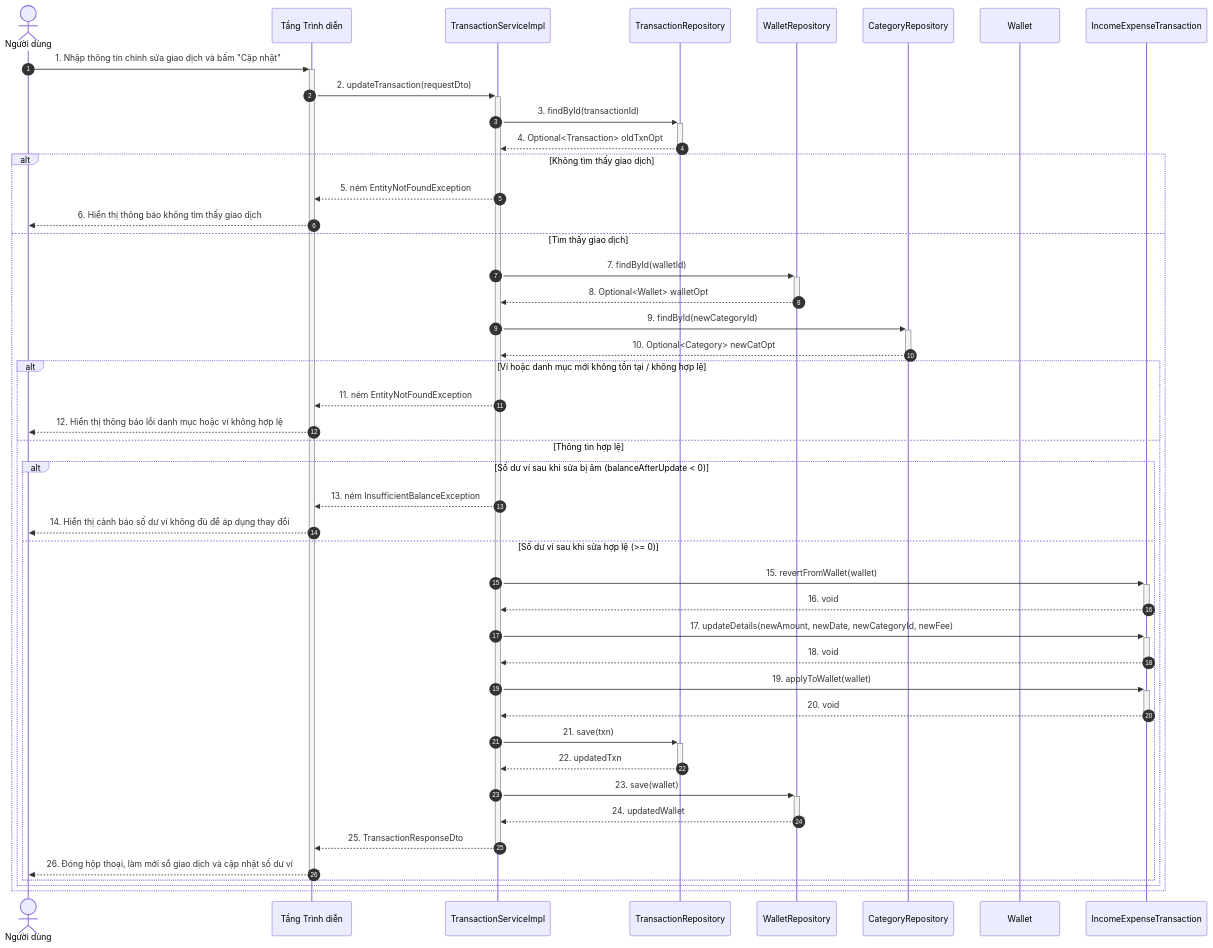
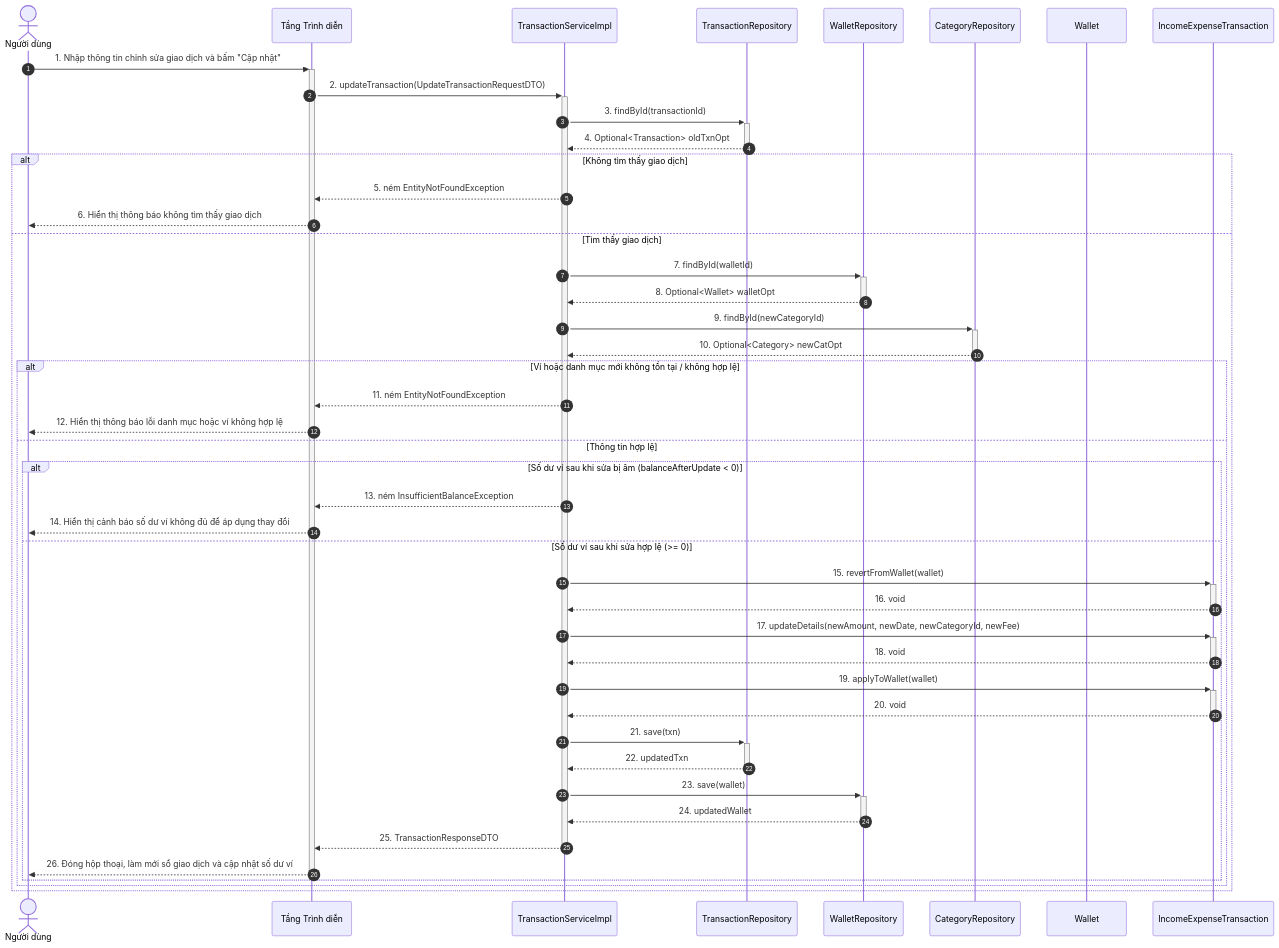
One commit to mynhleeh/pfms-oop changed the eighth of 21 diagrams in docs/object-oriented-design/05-so-do-tuong-tac-thiet-ke-sequence-diagram.md. Above: the diagram before and after it, drawn with Mermaid. The commit also changed other lines of this file and 3 other files, not shown here.

Commit message:
docs(ood): harmonize service contracts, sequence diagrams, and DTO specifications

````diff
--- a/docs/object-oriented-design/05-so-do-tuong-tac-thiet-ke-sequence-diagram.md
+++ b/docs/object-oriented-design/05-so-do-tuong-tac-thiet-ke-sequence-diagram.md
@@ -390,48 +390,48 @@
 ```mermaid
 sequenceDiagram
     autonumber
     actor User as Người dùng
     participant GUI as Tầng Trình diễn
     participant TransactionService as TransactionServiceImpl
     participant TxnRepo as TransactionRepository
     participant WalletRepo as WalletRepository
     participant CatRepo as CategoryRepository
     participant Wallet as Wallet
     participant Transaction as IncomeExpenseTransaction
 
     User->>+GUI: 1. Nhập thông tin chỉnh sửa giao dịch và bấm "Cập nhật"
-    GUI->>+TransactionService: 2. updateTransaction(requestDto)
+    GUI->>+TransactionService: 2. updateTransaction(UpdateTransactionRequestDTO)
     TransactionService->>+TxnRepo: 3. findById(transactionId)
     TxnRepo-->>-TransactionService: 4. Optional<Transaction> oldTxnOpt
     alt Không tìm thấy giao dịch
         TransactionService-->>GUI: 5. ném EntityNotFoundException
         GUI-->>User: 6. Hiển thị thông báo không tìm thấy giao dịch
     else Tìm thấy giao dịch
         TransactionService->>+WalletRepo: 7. findById(walletId)
         WalletRepo-->>-TransactionService: 8. Optional<Wallet> walletOpt
         TransactionService->>+CatRepo: 9. findById(newCategoryId)
         CatRepo-->>-TransactionService: 10. Optional<Category> newCatOpt
         alt Ví hoặc danh mục mới không tồn tại / không hợp lệ
             TransactionService-->>GUI: 11. ném EntityNotFoundException
             GUI-->>User: 12. Hiển thị thông báo lỗi danh mục hoặc ví không hợp lệ
         else Thông tin hợp lệ
             alt Số dư ví sau khi sửa bị âm (balanceAfterUpdate < 0)
                 TransactionService-->>GUI: 13. ném InsufficientBalanceException
                 GUI-->>User: 14. Hiển thị cảnh báo số dư ví không đủ để áp dụng thay đổi
             else Số dư ví sau khi sửa hợp lệ (>= 0)
                 TransactionService->>+Transaction: 15. revertFromWallet(wallet)
                 Transaction-->>-TransactionService: 16. void
                 TransactionService->>+Transaction: 17. updateDetails(newAmount, newDate, newCategoryId, newFee)
                 Transaction-->>-TransactionService: 18. void
                 TransactionService->>+Transaction: 19. applyToWallet(wallet)
                 Transaction-->>-TransactionService: 20. void
                 TransactionService->>+TxnRepo: 21. save(txn)
                 TxnRepo-->>-TransactionService: 22. updatedTxn
                 TransactionService->>+WalletRepo: 23. save(wallet)
                 WalletRepo-->>-TransactionService: 24. updatedWallet
-                TransactionService-->>-GUI: 25. TransactionResponseDto
+                TransactionService-->>-GUI: 25. TransactionResponseDTO
                 GUI-->>-User: 26. Đóng hộp thoại, làm mới sổ giao dịch và cập nhật số dư ví
             end
         end
     end
 ```
````
